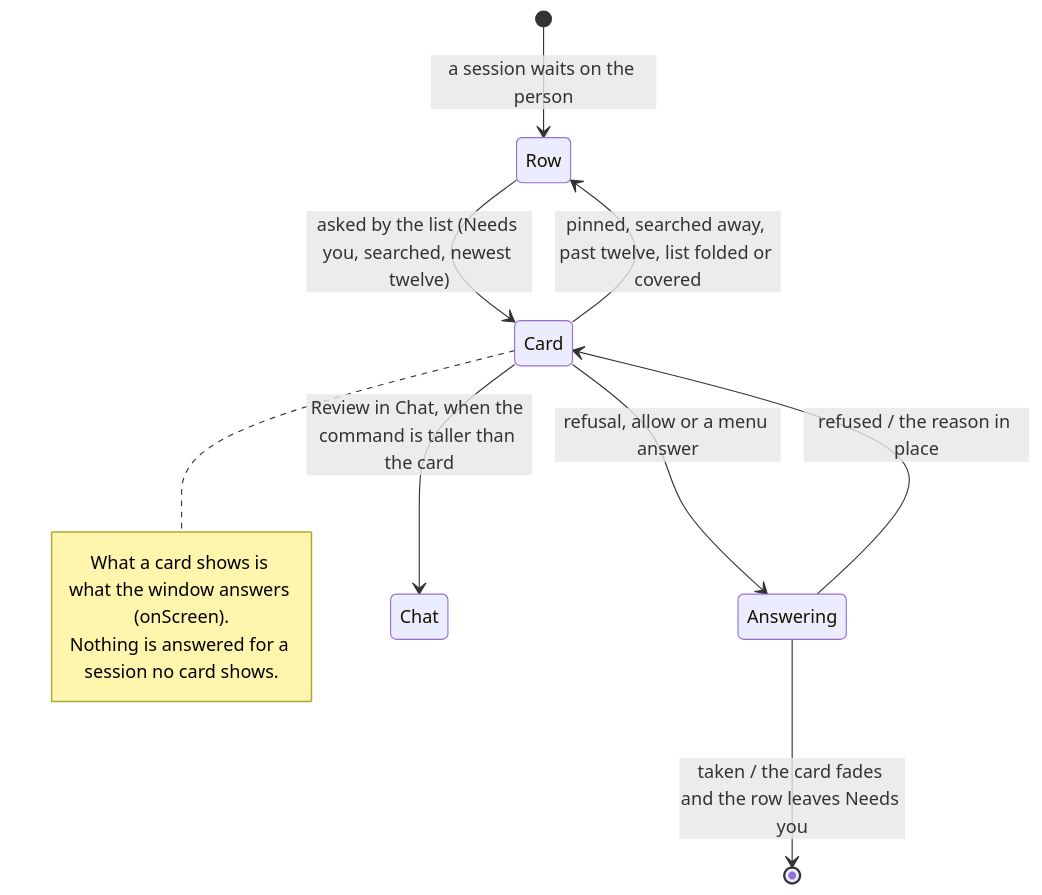
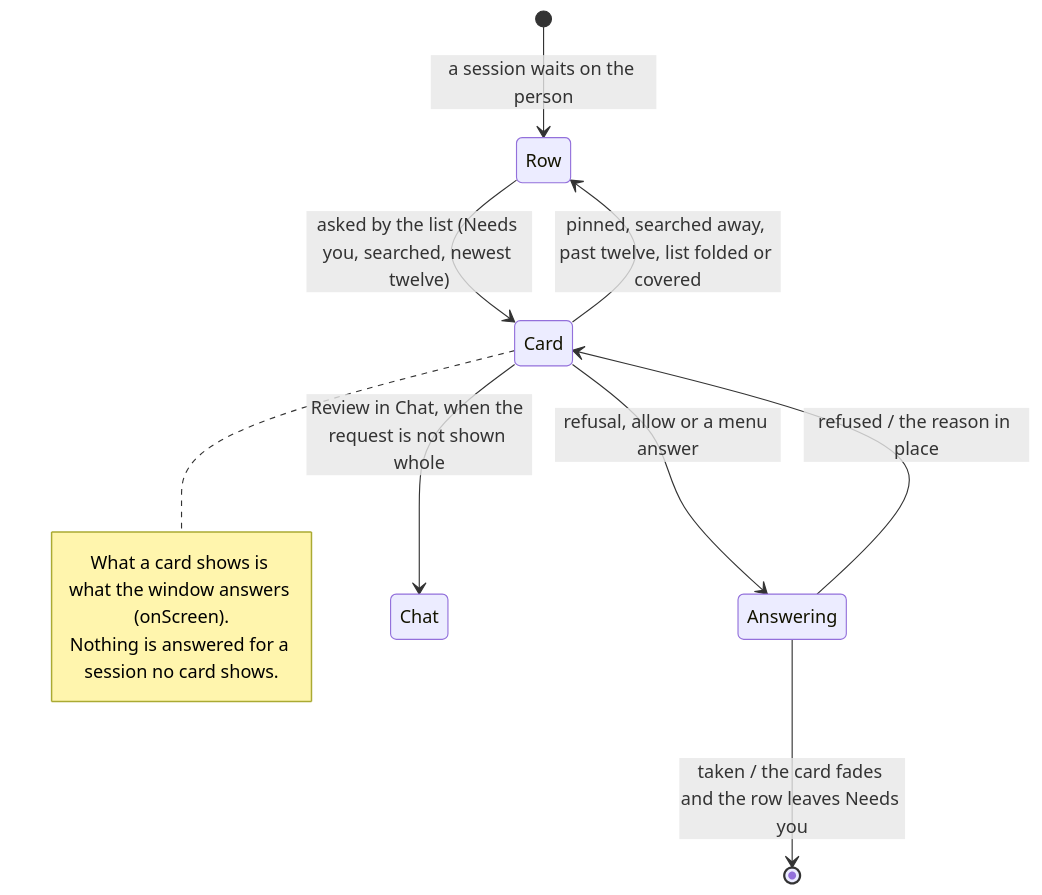
One commit to nessalabs/nessa-agent changed the diagram in docs/state/services/desktop/workspace/answer-requests-from-the-session-list.md. Above: the diagram before and after it, drawn with Mermaid. The commit also changed other lines of this file and 6 other files, not shown here.

First line of the commit message:
The list allows only what it shows whole, by a rule over the request, never its layout

````diff
--- a/docs/state/services/desktop/workspace/answer-requests-from-the-session-list.md
+++ b/docs/state/services/desktop/workspace/answer-requests-from-the-session-list.md
@@ -31,14 +39,14 @@
 ```mermaid
 stateDiagram-v2
     [*] --> Row: a session waits on the person
     Row --> Card: asked by the list (Needs you, searched, newest twelve)
     Card --> Row: pinned, searched away, past twelve, list folded or covered
     Card --> Answering: refusal, allow or a menu answer
-    Card --> Chat: Review in Chat, when the command is taller than the card
+    Card --> Chat: Review in Chat, when the request is not shown whole
     Answering --> [*]: taken / the card fades and the row leaves Needs you
     Answering --> Card: refused / the reason in place
     note right of Card
         What a card shows is what the window answers (onScreen).
         Nothing is answered for a session no card shows.
     end note
 ```
````
